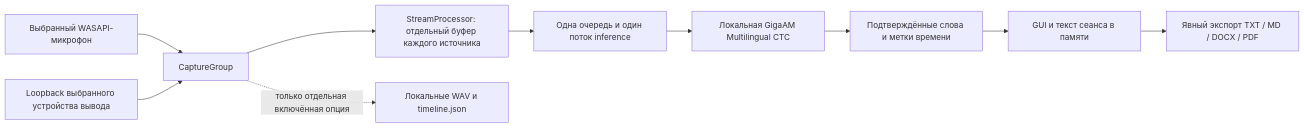
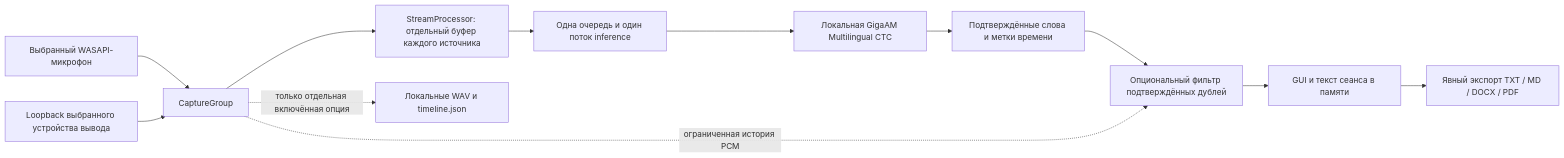
One commit to AssylbekGizatov/gigaam-local-meeting-transcriber changed the diagram in docs/ARCHITECTURE.md. Above: the diagram before and after it, drawn with Mermaid. The commit also changed other lines of this file and 10 other files, not shown here.

````diff
--- a/docs/ARCHITECTURE.md
+++ b/docs/ARCHITECTURE.md
@@ -7,12 +7,14 @@
 ```mermaid
 flowchart LR
     M[Выбранный WASAPI-микрофон] --> C[CaptureGroup]
     S[Loopback выбранного устройства вывода] --> C
     C --> P[StreamProcessor: отдельный буфер каждого источника]
     P --> W[Одна очередь и один поток inference]
     W --> G[Локальная GigaAM Multilingual CTC]
     G --> T[Подтверждённые слова и метки времени]
-    T --> U[GUI и текст сеанса в памяти]
+    T --> F[Опциональный фильтр подтверждённых дублей]
+    C -. ограниченная история PCM .-> F
+    F --> U[GUI и текст сеанса в памяти]
     U --> E[Явный экспорт TXT / MD / DOCX / PDF]
     C -. только отдельная включённая опция .-> A[Локальные WAV и timeline.json]
 ```
````
